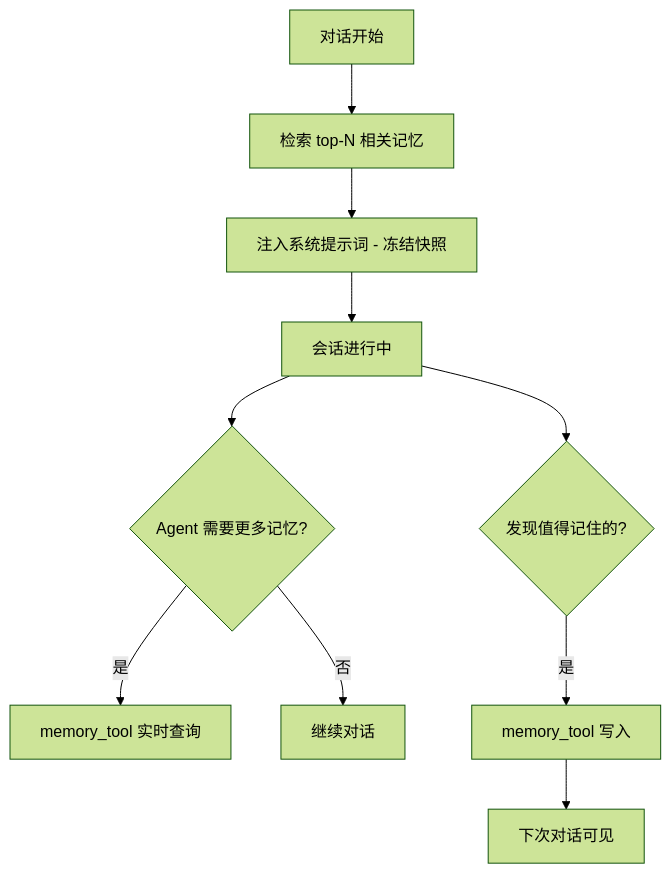
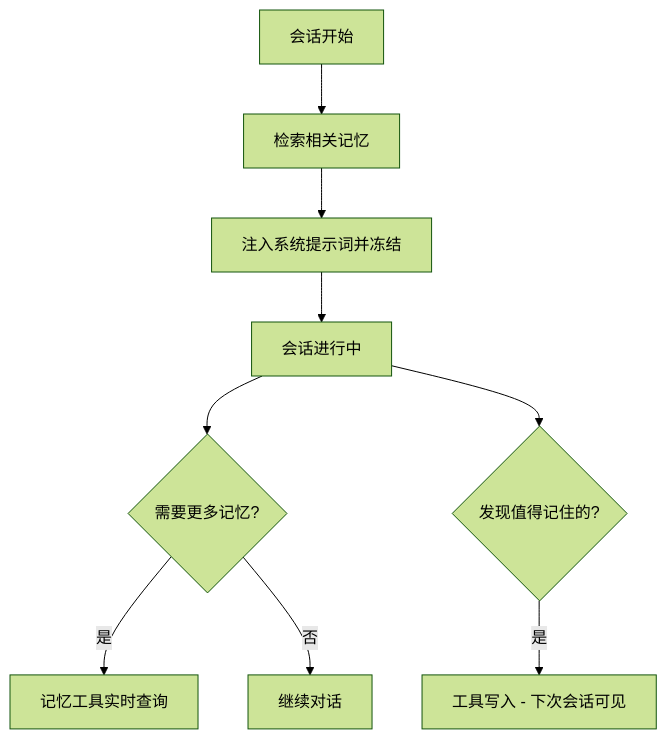
One commit to MKEy777/agent changed the second of 4 diagrams in docs/comparisons/06-memory.md. Above: the diagram before and after it, drawn with Mermaid (forest theme). The commit also changed other lines of this file and 114 other files, not shown here.

First line of the commit message:
Add comprehensive documentation for Agent architecture and protocols

````diff
--- a/docs/comparisons/06-memory.md
+++ b/docs/comparisons/06-memory.md
@@ -56,12 +52,11 @@
 ```mermaid
 graph TB
-    A[对话开始] --> B[检索 top-N 相关记忆]
-    B --> C[注入系统提示词 - 冻结快照]
+    A[会话开始] --> B[检索相关记忆]
+    B --> C[注入系统提示词并冻结]
     C --> D[会话进行中]
-    D --> E{Agent 需要更多记忆?}
-    E -->|是| F[memory_tool 实时查询]
+    D --> E{需要更多记忆?}
+    E -->|是| F[记忆工具实时查询]
     E -->|否| G[继续对话]
     D --> H{发现值得记住的?}
-    H -->|是| I[memory_tool 写入]
-    I --> J[下次对话可见]
+    H -->|是| I[工具写入 - 下次会话可见]
 ```
````
